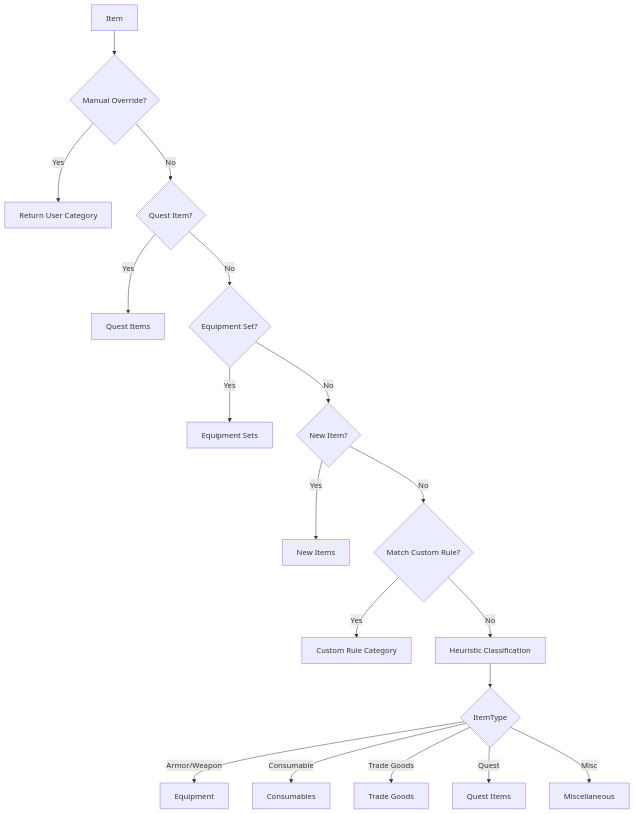
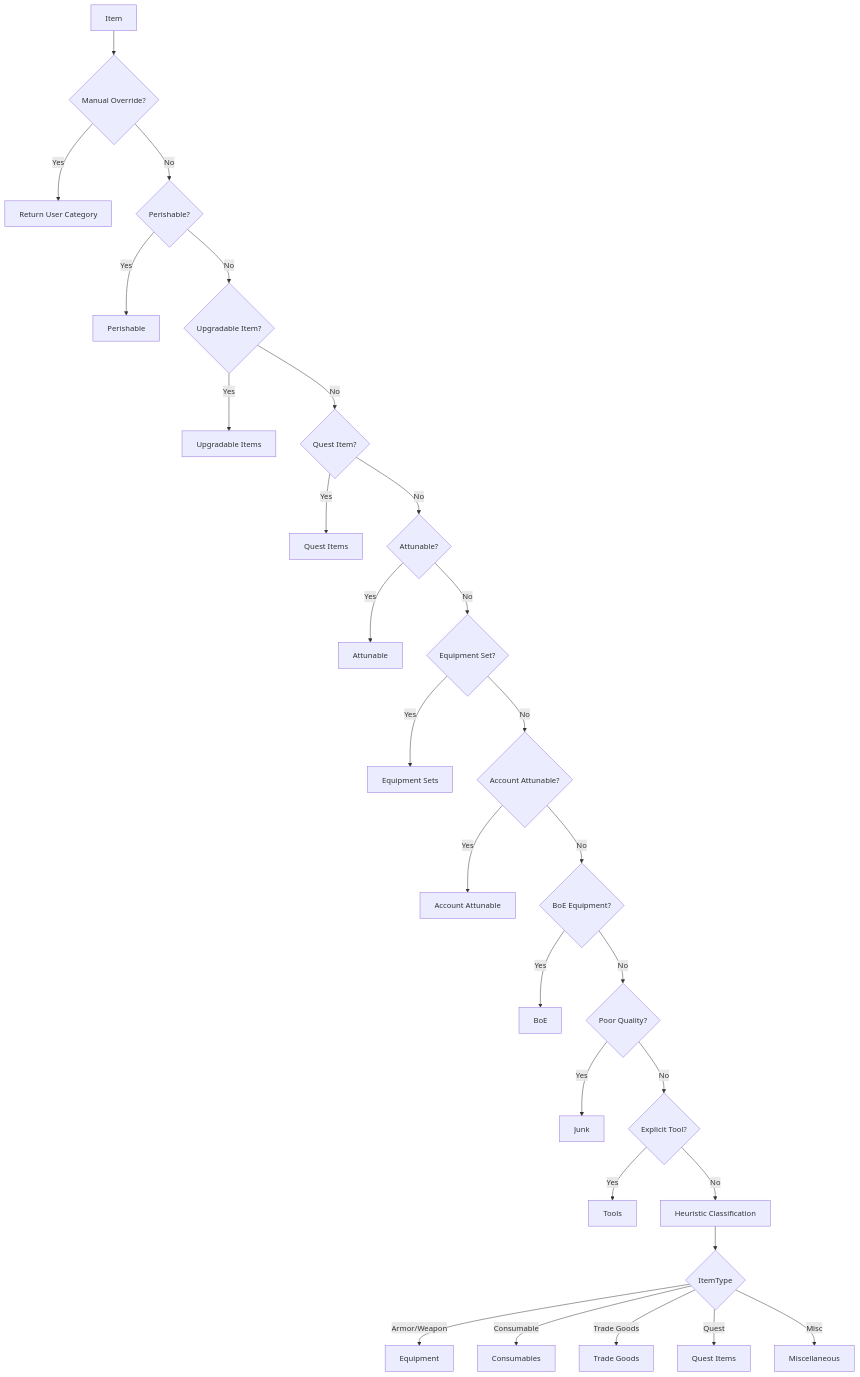
Before and after one commit to RosemyneH/OmniInv-Syn: the diagram in OmniInventory/docs/Features/categorizer.md, drawn with Mermaid. The commit also changed other lines of this file and 8 other files, not shown here.

First line of the commit message:
Add upgradable/tools categories & optimistic UI

````diff
--- a/OmniInventory/docs/Features/categorizer.md
+++ b/OmniInventory/docs/Features/categorizer.md
@@ -26,20 +27,30 @@
 ```mermaid
 flowchart TD
     A[Item] --> B{Manual Override?}
     B -->|Yes| C[Return User Category]
-    B -->|No| D{Quest Item?}
-    D -->|Yes| E[Quest Items]
-    D -->|No| F{Equipment Set?}
-    F -->|Yes| G[Equipment Sets]
-    F -->|No| H{New Item?}
-    H -->|Yes| I[New Items]
-    H -->|No| J{Match Custom Rule?}
-    J -->|Yes| K[Custom Rule Category]
-    J -->|No| L[Heuristic Classification]
-    L --> M{ItemType}
-    M -->|Armor/Weapon| N[Equipment]
-    M -->|Consumable| O[Consumables]
-    M -->|Trade Goods| P[Trade Goods]
-    M -->|Quest| Q[Quest Items]
-    M -->|Misc| R[Miscellaneous]
+    B -->|No| D{Perishable?}
+    D -->|Yes| E[Perishable]
+    D -->|No| F{Upgradable Item?}
+    F -->|Yes| G[Upgradable Items]
+    F -->|No| H{Quest Item?}
+    H -->|Yes| I[Quest Items]
+    H -->|No| J{Attunable?}
+    J -->|Yes| K[Attunable]
+    J -->|No| L{Equipment Set?}
+    L -->|Yes| M[Equipment Sets]
+    L -->|No| N{Account Attunable?}
+    N -->|Yes| O[Account Attunable]
+    N -->|No| P{BoE Equipment?}
+    P -->|Yes| Q[BoE]
+    P -->|No| R{Poor Quality?}
+    R -->|Yes| S[Junk]
+    R -->|No| T{Explicit Tool?}
+    T -->|Yes| U[Tools]
+    T -->|No| V[Heuristic Classification]
+    V --> W{ItemType}
+    W -->|Armor/Weapon| X[Equipment]
+    W -->|Consumable| Y[Consumables]
+    W -->|Trade Goods| Z[Trade Goods]
+    W -->|Quest| AA[Quest Items]
+    W -->|Misc| AB[Miscellaneous]
 ```
````
